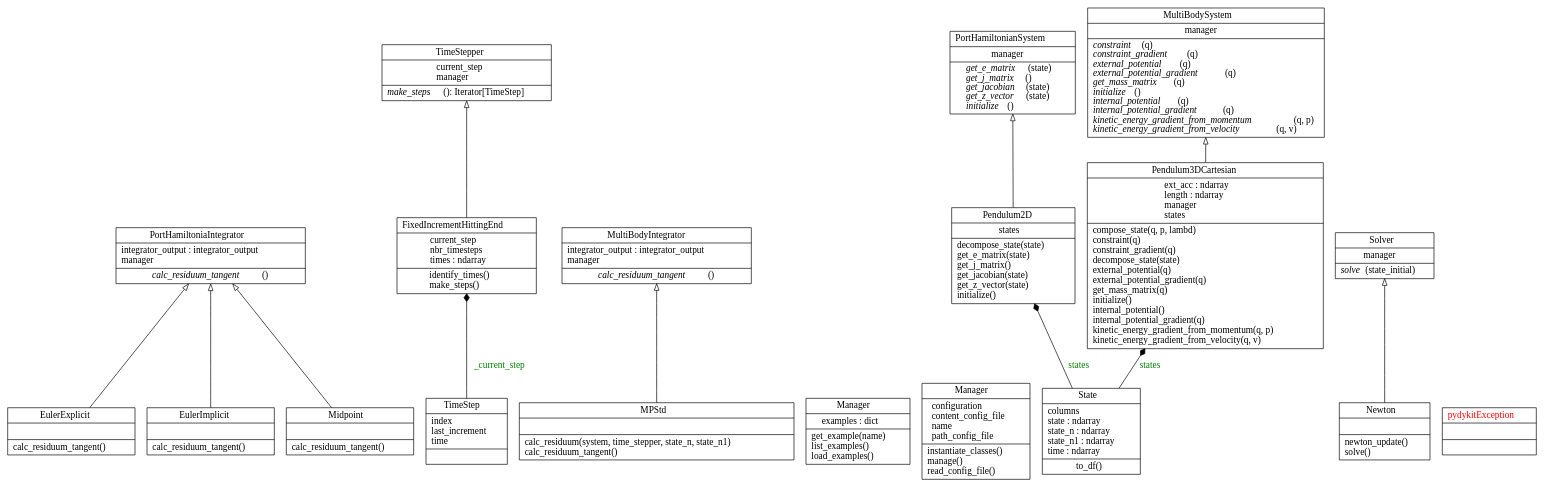
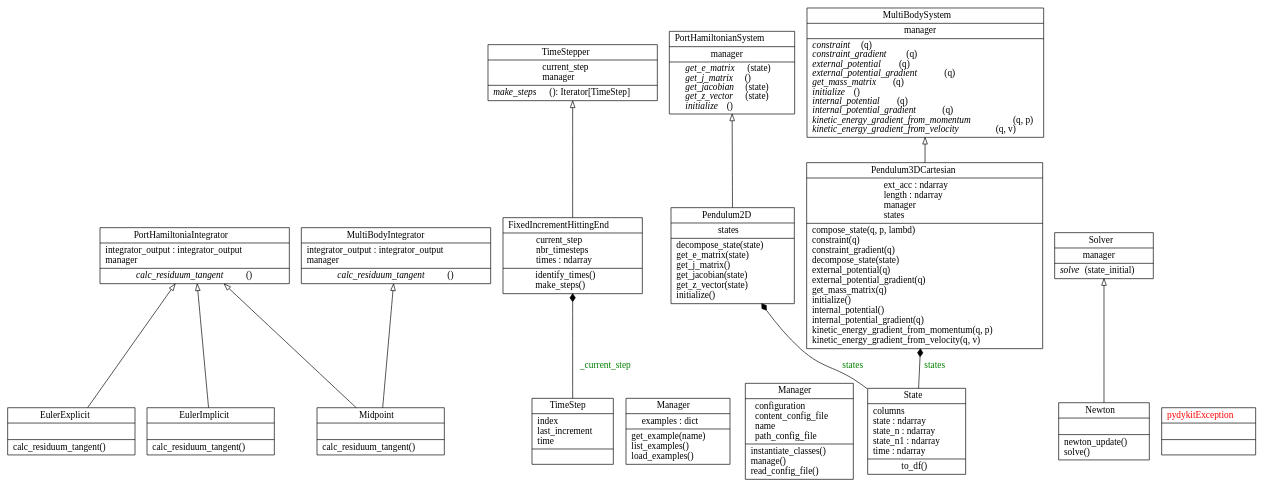
Before and after one commit to pydykit/pydykit: the first of 2 diagrams in docs/README.md, drawn with Graphviz. The commit also changed 6 other files, not shown here.

Commit message:
renaming MPStd to Midpoint

````diff
--- a/docs/README.md
+++ b/docs/README.md
@@ -29,36 +29,36 @@
 ```dot
 digraph "classes_pydykit" {
 rankdir=BT
 charset="utf-8"
 "pydykit.integrators.EulerExplicit" [color="black", fontcolor="black", label=<{EulerExplicit|<br ALIGN="LEFT"/>|calc_residuum_tangent()<br ALIGN="LEFT"/>}>, shape="record", style="solid"];
 "pydykit.integrators.EulerImplicit" [color="black", fontcolor="black", label=<{EulerImplicit|<br ALIGN="LEFT"/>|calc_residuum_tangent()<br ALIGN="LEFT"/>}>, shape="record", style="solid"];
 "pydykit.time_steppers.FixedIncrementHittingEnd" [color="black", fontcolor="black", label=<{FixedIncrementHittingEnd|current_step<br ALIGN="LEFT"/>nbr_timesteps<br ALIGN="LEFT"/>times : ndarray<br ALIGN="LEFT"/>|identify_times()<br ALIGN="LEFT"/>make_steps()<br ALIGN="LEFT"/>}>, shape="record", style="solid"];
-"pydykit.integrators.MPStd" [color="black", fontcolor="black", label=<{MPStd|<br ALIGN="LEFT"/>|calc_residuum(system, time_stepper, state_n, state_n1)<br ALIGN="LEFT"/>calc_residuum_tangent()<br ALIGN="LEFT"/>}>, shape="record", style="solid"];
+"pydykit.integrators.Midpoint" [color="black", fontcolor="black", label=<{Midpoint|<br ALIGN="LEFT"/>|calc_residuum(system, time_stepper, state_n, state_n1)<br ALIGN="LEFT"/>calc_residuum_tangent()<br ALIGN="LEFT"/>}>, shape="record", style="solid"];
 "pydykit.examples.Manager" [color="black", fontcolor="black", label=<{Manager|examples : dict<br ALIGN="LEFT"/>|get_example(name)<br ALIGN="LEFT"/>list_examples()<br ALIGN="LEFT"/>load_examples()<br ALIGN="LEFT"/>}>, shape="record", style="solid"];
 "pydykit.core.Manager" [color="black", fontcolor="black", label=<{Manager|configuration<br ALIGN="LEFT"/>content_config_file<br ALIGN="LEFT"/>name<br ALIGN="LEFT"/>path_config_file<br ALIGN="LEFT"/>|instantiate_classes()<br ALIGN="LEFT"/>manage()<br ALIGN="LEFT"/>read_config_file()<br ALIGN="LEFT"/>}>, shape="record", style="solid"];
 "pydykit.integrators.Midpoint" [color="black", fontcolor="black", label=<{Midpoint|<br ALIGN="LEFT"/>|calc_residuum_tangent()<br ALIGN="LEFT"/>}>, shape="record", style="solid"];
 "pydykit.integrators.MultiBodyIntegrator" [color="black", fontcolor="black", label=<{MultiBodyIntegrator|integrator_output : integrator_output<br ALIGN="LEFT"/>manager<br ALIGN="LEFT"/>|<I>calc_residuum_tangent</I>()<br ALIGN="LEFT"/>}>, shape="record", style="solid"];
 "pydykit.systems.MultiBodySystem" [color="black", fontcolor="black", label=<{MultiBodySystem|manager<br ALIGN="LEFT"/>|<I>constraint</I>(q)<br ALIGN="LEFT"/><I>constraint_gradient</I>(q)<br ALIGN="LEFT"/><I>external_potential</I>(q)<br ALIGN="LEFT"/><I>external_potential_gradient</I>(q)<br ALIGN="LEFT"/><I>get_mass_matrix</I>(q)<br ALIGN="LEFT"/><I>initialize</I>()<br ALIGN="LEFT"/><I>internal_potential</I>(q)<br ALIGN="LEFT"/><I>internal_potential_gradient</I>(q)<br ALIGN="LEFT"/><I>kinetic_energy_gradient_from_momentum</I>(q, p)<br ALIGN="LEFT"/><I>kinetic_energy_gradient_from_velocity</I>(q, v)<br ALIGN="LEFT"/>}>, shape="record", style="solid"];
 "pydykit.solvers.Newton" [color="black", fontcolor="black", label=<{Newton|<br ALIGN="LEFT"/>|newton_update()<br ALIGN="LEFT"/>solve()<br ALIGN="LEFT"/>}>, shape="record", style="solid"];
 "pydykit.systems.Pendulum2D" [color="black", fontcolor="black", label=<{Pendulum2D|states<br ALIGN="LEFT"/>|decompose_state(state)<br ALIGN="LEFT"/>get_e_matrix(state)<br ALIGN="LEFT"/>get_j_matrix()<br ALIGN="LEFT"/>get_jacobian(state)<br ALIGN="LEFT"/>get_z_vector(state)<br ALIGN="LEFT"/>initialize()<br ALIGN="LEFT"/>}>, shape="record", style="solid"];
 "pydykit.systems.Pendulum3DCartesian" [color="black", fontcolor="black", label=<{Pendulum3DCartesian|ext_acc : ndarray<br ALIGN="LEFT"/>length : ndarray<br ALIGN="LEFT"/>manager<br ALIGN="LEFT"/>states<br ALIGN="LEFT"/>|compose_state(q, p, lambd)<br ALIGN="LEFT"/>constraint(q)<br ALIGN="LEFT"/>constraint_gradient(q)<br ALIGN="LEFT"/>decompose_state(state)<br ALIGN="LEFT"/>external_potential(q)<br ALIGN="LEFT"/>external_potential_gradient(q)<br ALIGN="LEFT"/>get_mass_matrix(q)<br ALIGN="LEFT"/>initialize()<br ALIGN="LEFT"/>internal_potential()<br ALIGN="LEFT"/>internal_potential_gradient(q)<br ALIGN="LEFT"/>kinetic_energy_gradient_from_momentum(q, p)<br ALIGN="LEFT"/>kinetic_energy_gradient_from_velocity(q, v)<br ALIGN="LEFT"/>}>, shape="record", style="solid"];
 "pydykit.integrators.PortHamiltoniaIntegrator" [color="black", fontcolor="black", label=<{PortHamiltoniaIntegrator|integrator_output : integrator_output<br ALIGN="LEFT"/>manager<br ALIGN="LEFT"/>|<I>calc_residuum_tangent</I>()<br ALIGN="LEFT"/>}>, shape="record", style="solid"];
 "pydykit.systems.PortHamiltonianSystem" [color="black", fontcolor="black", label=<{PortHamiltonianSystem|manager<br ALIGN="LEFT"/>|<I>get_e_matrix</I>(state)<br ALIGN="LEFT"/><I>get_j_matrix</I>()<br ALIGN="LEFT"/><I>get_jacobian</I>(state)<br ALIGN="LEFT"/><I>get_z_vector</I>(state)<br ALIGN="LEFT"/><I>initialize</I>()<br ALIGN="LEFT"/>}>, shape="record", style="solid"];
 "pydykit.utils.pydykitException" [color="black", fontcolor="red", label=<{pydykitException|<br ALIGN="LEFT"/>|}>, shape="record", style="solid"];
 "pydykit.solvers.Solver" [color="black", fontcolor="black", label=<{Solver|manager<br ALIGN="LEFT"/>|<I>solve</I>(state_initial)<br ALIGN="LEFT"/>}>, shape="record", style="solid"];
 "pydykit.states.State" [color="black", fontcolor="black", label=<{State|columns<br ALIGN="LEFT"/>state : ndarray<br ALIGN="LEFT"/>state_n : ndarray<br ALIGN="LEFT"/>state_n1 : ndarray<br ALIGN="LEFT"/>time : ndarray<br ALIGN="LEFT"/>|to_df()<br ALIGN="LEFT"/>}>, shape="record", style="solid"];
 "pydykit.time_steppers.TimeStep" [color="black", fontcolor="black", label=<{TimeStep|index<br ALIGN="LEFT"/>last_increment<br ALIGN="LEFT"/>time<br ALIGN="LEFT"/>|}>, shape="record", style="solid"];
 "pydykit.time_steppers.TimeStepper" [color="black", fontcolor="black", label=<{TimeStepper|current_step<br ALIGN="LEFT"/>manager<br ALIGN="LEFT"/>|<I>make_steps</I>(): Iterator[TimeStep]<br ALIGN="LEFT"/>}>, shape="record", style="solid"];
 "pydykit.integrators.EulerExplicit" -> "pydykit.integrators.PortHamiltoniaIntegrator" [arrowhead="empty", arrowtail="none"];
 "pydykit.integrators.EulerImplicit" -> "pydykit.integrators.PortHamiltoniaIntegrator" [arrowhead="empty", arrowtail="none"];
-"pydykit.integrators.MPStd" -> "pydykit.integrators.MultiBodyIntegrator" [arrowhead="empty", arrowtail="none"];
+"pydykit.integrators.Midpoint" -> "pydykit.integrators.MultiBodyIntegrator" [arrowhead="empty", arrowtail="none"];
 "pydykit.integrators.Midpoint" -> "pydykit.integrators.PortHamiltoniaIntegrator" [arrowhead="empty", arrowtail="none"];
 "pydykit.solvers.Newton" -> "pydykit.solvers.Solver" [arrowhead="empty", arrowtail="none"];
 "pydykit.systems.Pendulum2D" -> "pydykit.systems.PortHamiltonianSystem" [arrowhead="empty", arrowtail="none"];
 "pydykit.systems.Pendulum3DCartesian" -> "pydykit.systems.MultiBodySystem" [arrowhead="empty", arrowtail="none"];
 "pydykit.time_steppers.FixedIncrementHittingEnd" -> "pydykit.time_steppers.TimeStepper" [arrowhead="empty", arrowtail="none"];
 "pydykit.states.State" -> "pydykit.systems.Pendulum2D" [arrowhead="diamond", arrowtail="none", fontcolor="green", label="states", style="solid"];
 "pydykit.states.State" -> "pydykit.systems.Pendulum3DCartesian" [arrowhead="diamond", arrowtail="none", fontcolor="green", label="states", style="solid"];
 "pydykit.time_steppers.TimeStep" -> "pydykit.time_steppers.FixedIncrementHittingEnd" [arrowhead="diamond", arrowtail="none", fontcolor="green", label="_current_step", style="solid"];
 }
 ```
````
